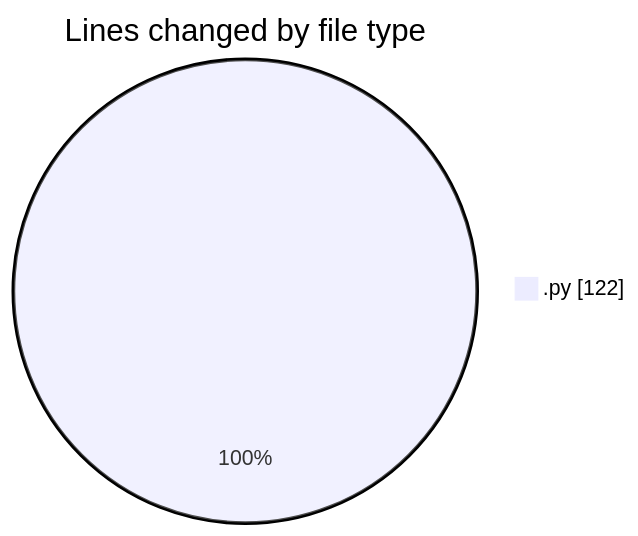
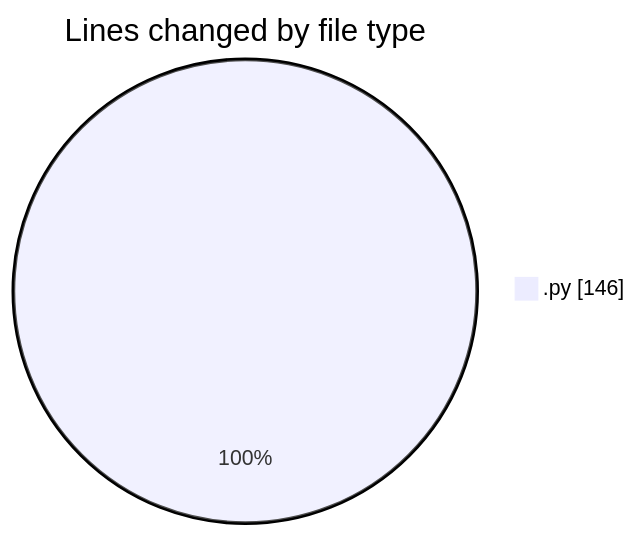
The first of 2 diagrams in 2025-11-18/eventscop-api-guide__workspace_/README.md (julien-gomy/code-tracking), drawn with Mermaid before and after one commit. The commit also changed other lines of this file and 1 other file, not shown here.

````diff
--- a/2025-11-18/eventscop-api-guide__workspace_/README.md
+++ b/2025-11-18/eventscop-api-guide__workspace_/README.md
@@ -22,5 +22,5 @@
 ```mermaid
 pie showData
 title Lines changed by file type
-".py" : 122
+".py" : 146
 ```
````
